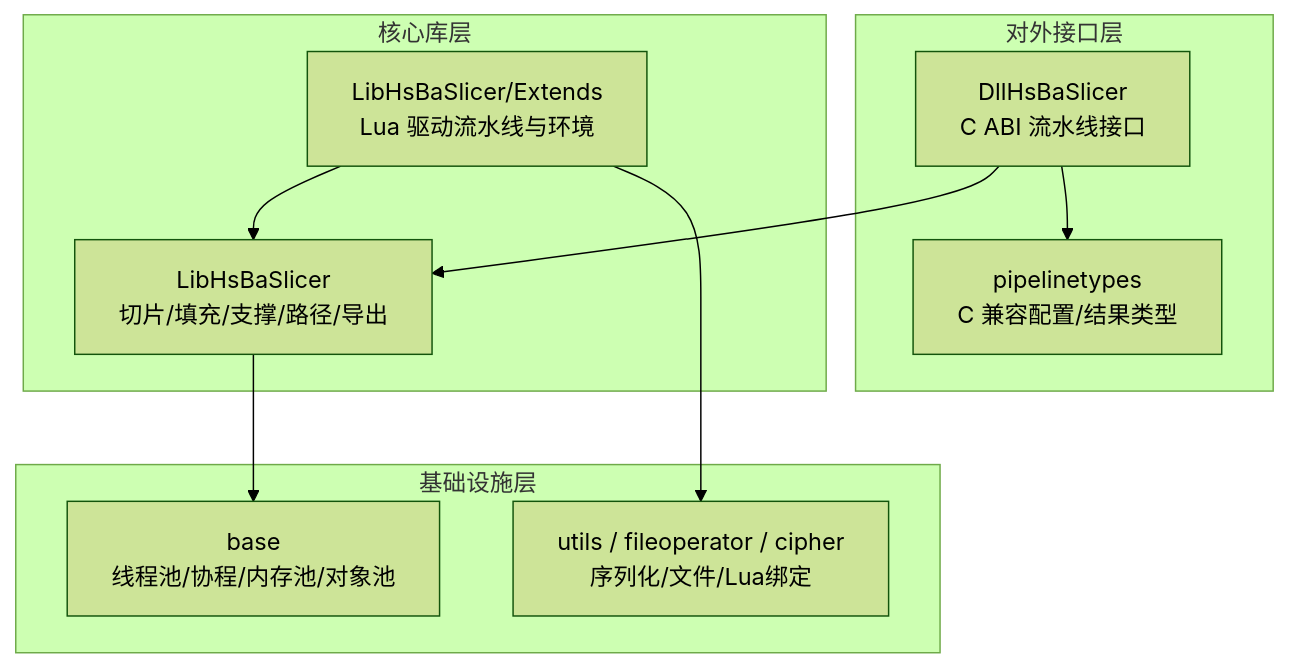
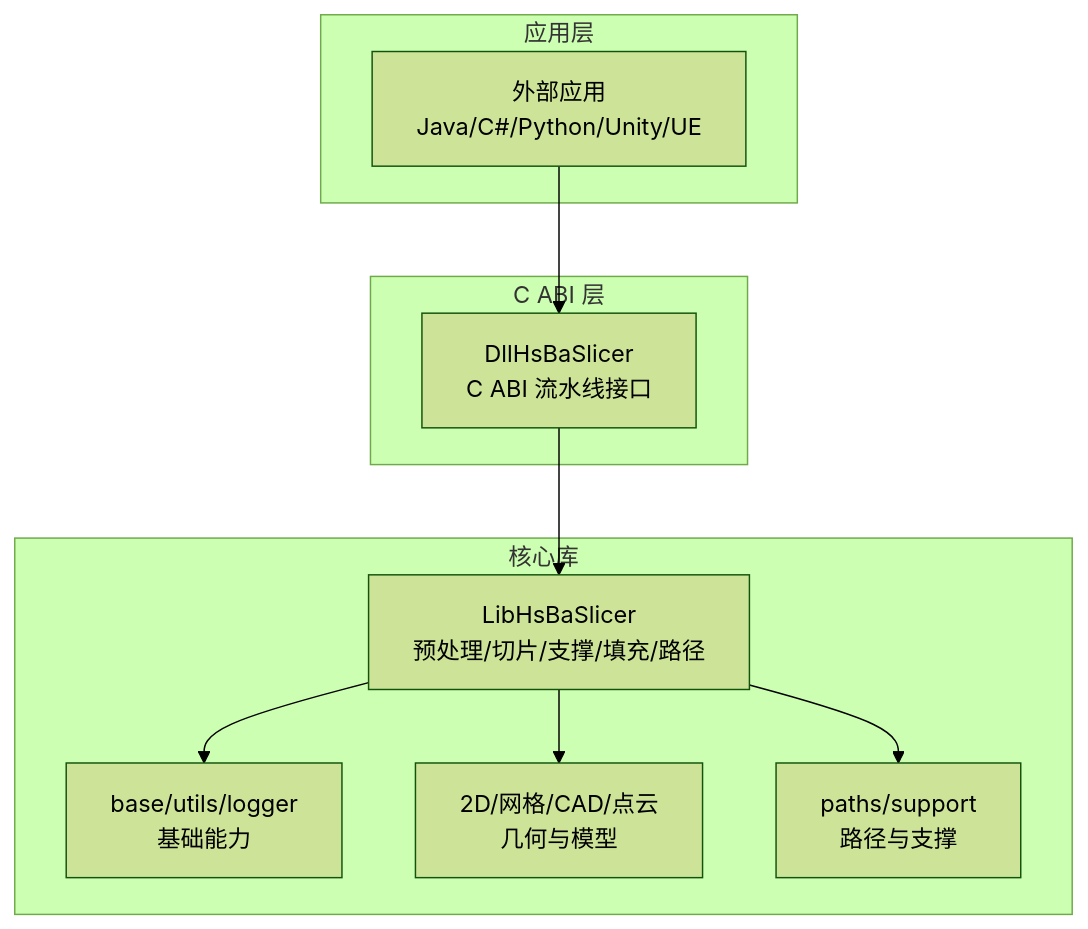
Before and after one commit to hsmbanlance/HsBaSlicer: the first of 12 diagrams in .qoder/repowiki/zh/content/高级主题/高级主题.md, drawn with Mermaid (forest theme). The commit also changed other lines of this file and 1095 other files, not shown here.

````diff
--- a/.qoder/repowiki/zh/content/高级主题/高级主题.md
+++ b/.qoder/repowiki/zh/content/高级主题/高级主题.md
@@ -49,20 +46,20 @@
 ```mermaid
 graph TB
-subgraph "对外接口层"
+subgraph "应用层"
+APP["外部应用<br/>Java/C#/Python/Unity/UE"]
+end
+subgraph "C ABI 层"
 DLL["DllHsBaSlicer<br/>C ABI 流水线接口"]
-TYPES["pipelinetypes<br/>C 兼容配置/结果类型"]
 end
-subgraph "核心库层"
-LIB["LibHsBaSlicer<br/>切片/填充/支撑/路径/导出"]
-EXT["LibHsBaSlicer/Extends<br/>Lua 驱动流水线与环境"]
+subgraph "核心库"
+LIB["LibHsBaSlicer<br/>预处理/切片/支撑/填充/路径"]
+BASE["base/utils/logger<br/>基础能力"]
+GEOM["2D/网格/CAD/点云<br/>几何与模型"]
+PATHS["paths/support<br/>路径与支撑"]
 end
-subgraph "基础设施层"
-BASE["base<br/>线程池/协程/内存池/对象池"]
-UTILS["utils / fileoperator / cipher<br/>序列化/文件/Lua绑定"]
-end
+APP --> DLL
 DLL --> LIB
-DLL --> TYPES
 LIB --> BASE
-EXT --> LIB
-EXT --> UTILS
+LIB --> GEOM
+LIB --> PATHS
 ```
````
